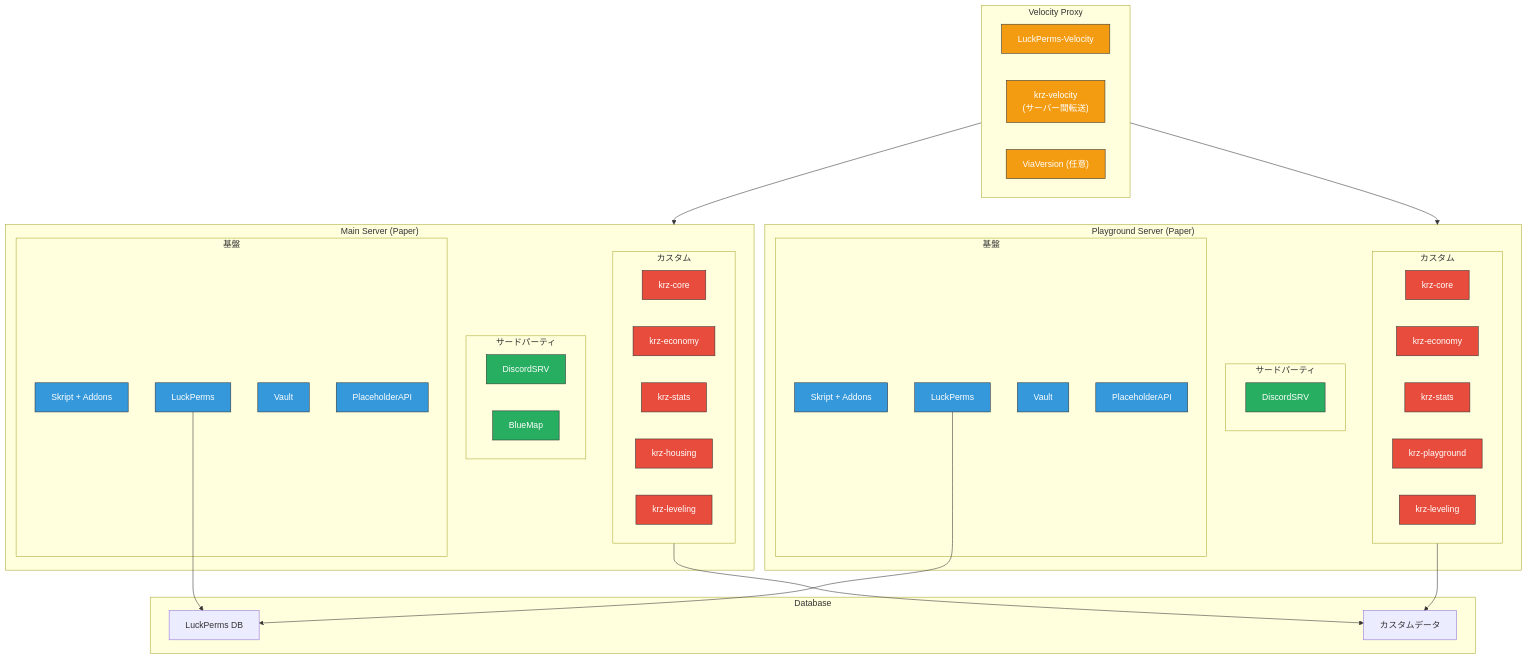
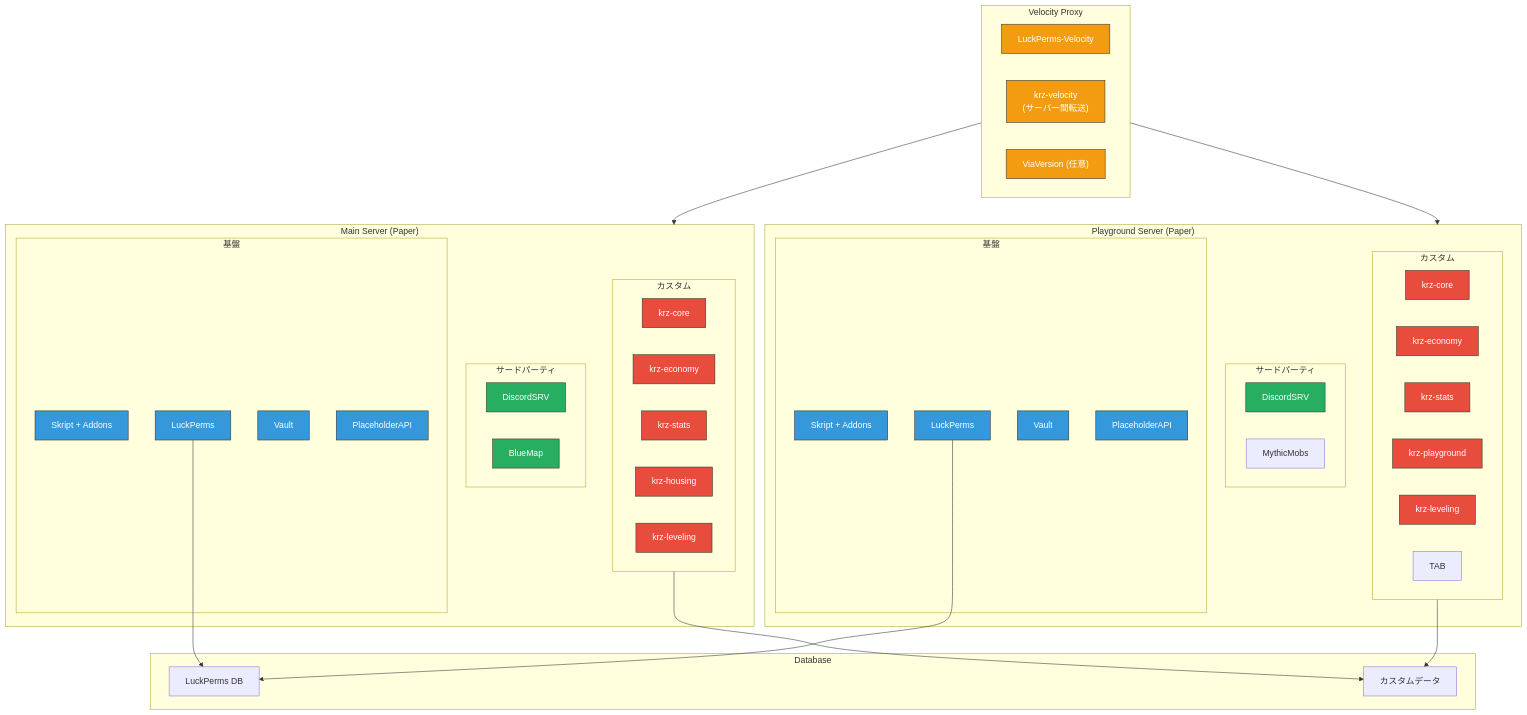
One commit to Krz-Tech/minecraft-project changed the second of 4 diagrams in docs/PluginArchitecture.md. Above: the diagram before and after it, drawn with Mermaid. The commit also changed other lines of this file and 2 other files, not shown here.

Commit message:
docs: finalize TAB and MythicMobs integration across all documentation

````diff
--- a/docs/PluginArchitecture.md
+++ b/docs/PluginArchitecture.md
@@ -81,69 +83,71 @@
 ```mermaid
 flowchart TB
     subgraph VELOCITY["Velocity Proxy"]
         V_LP["LuckPerms-Velocity"]
         V_CUSTOM["krz-velocity<br/>(サーバー間転送)"]
         V_VIA["ViaVersion (任意)"]
     end
 
     subgraph MAIN["Main Server (Paper)"]
         subgraph M_FOUNDATION["基盤"]
             M_SKRIPT["Skript + Addons"]
             M_LP["LuckPerms"]
             M_VAULT["Vault"]
             M_PAPI["PlaceholderAPI"]
         end
         subgraph M_3RD["サードパーティ"]
             M_DSRV["DiscordSRV"]
             M_BMAP["BlueMap"]
         end
         subgraph M_CUSTOM["カスタム"]
             M_CORE["krz-core"]
             M_ECON["krz-economy"]
             M_STATS["krz-stats"]
             M_HOUSING["krz-housing"]
             M_LEVEL["krz-leveling"]
         end
     end
 
     subgraph PLAYGROUND["Playground Server (Paper)"]
         subgraph P_FOUNDATION["基盤"]
             P_SKRIPT["Skript + Addons"]
             P_LP["LuckPerms"]
             P_VAULT["Vault"]
             P_PAPI["PlaceholderAPI"]
         end
         subgraph P_3RD["サードパーティ"]
             P_DSRV["DiscordSRV"]
+            P_MYTHIC["MythicMobs"]
         end
         subgraph P_CUSTOM["カスタム"]
             P_CORE["krz-core"]
             P_ECON["krz-economy"]
             P_STATS["krz-stats"]
             P_PG["krz-playground"]
             P_LEVEL["krz-leveling"]
+            P_TAB["TAB"]
         end
     end
 
     subgraph DB["Database"]
         DB_LUCKPERMS["LuckPerms DB"]
         DB_CUSTOM["カスタムデータ"]
     end
 
     VELOCITY --> MAIN
     VELOCITY --> PLAYGROUND
     M_LP --> DB_LUCKPERMS
     P_LP --> DB_LUCKPERMS
     M_CUSTOM --> DB_CUSTOM
     P_CUSTOM --> DB_CUSTOM
 
     classDef foundation fill:#3498db,stroke:#333,color:#fff
     classDef thirdparty fill:#27ae60,stroke:#333,color:#fff
     classDef custom fill:#e74c3c,stroke:#333,color:#fff
     classDef velocity fill:#f39c12,stroke:#333,color:#fff
 
     class M_SKRIPT,M_LP,M_VAULT,M_PAPI,P_SKRIPT,P_LP,P_VAULT,P_PAPI foundation
     class M_DSRV,M_BMAP,P_DSRV thirdparty
     class M_CORE,M_ECON,M_STATS,M_HOUSING,M_LEVEL,P_CORE,P_ECON,P_STATS,P_PG,P_LEVEL custom
     class V_LP,V_CUSTOM,V_VIA velocity
 ```
````
